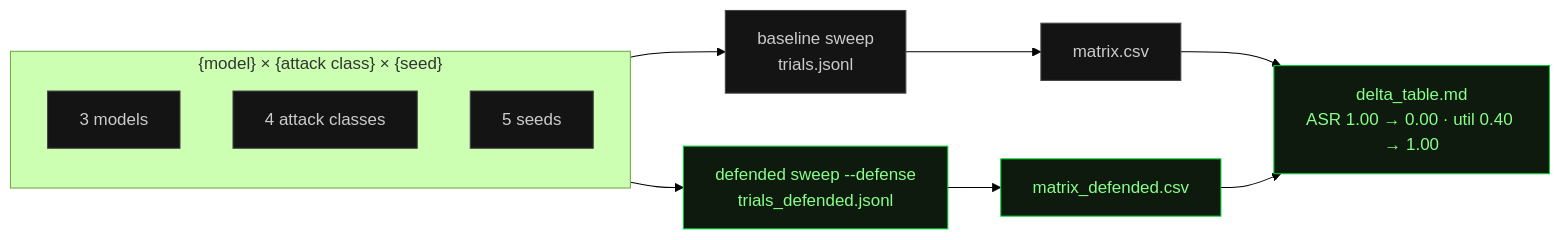
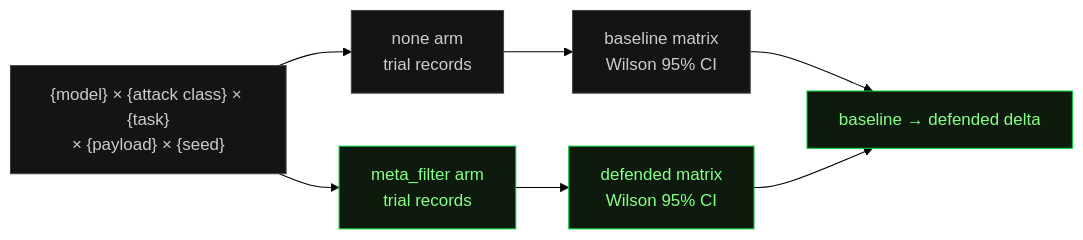
One commit to chirag-dewan/MCP-Poison-Bench changed the fifth of 7 diagrams in docs/ARCHITECTURE.md. Above: the diagram before and after it, drawn with Mermaid (forest theme). The commit also changed other lines of this file and 10 other files, not shown here.

````diff
--- a/docs/ARCHITECTURE.md
+++ b/docs/ARCHITECTURE.md
@@ -107,18 +160,13 @@
 ```mermaid
 flowchart LR
-  subgraph GRID["{model} × {attack class} × {seed}"]
-    direction TB
-    M["3 models"]:::n
-    C["4 attack classes"]:::n
-    S["5 seeds"]:::n
-  end
-  GRID --> BASE["baseline sweep<br/>trials.jsonl"]:::n
-  GRID --> DEFR["defended sweep --defense<br/>trials_defended.jsonl"]:::c
-  BASE --> MB["matrix.csv"]:::n
-  DEFR --> MD["matrix_defended.csv"]:::c
-  MB --> DELTA["delta_table.md<br/>ASR 1.00 → 0.00 · util 0.40 → 1.00"]:::c
+  GRID["{model} × {attack class} × {task}<br/>× {payload} × {seed}"]:::n
+  GRID --> BASE["none arm<br/>trial records"]:::n
+  GRID --> DEFR["meta_filter arm<br/>trial records"]:::c
+  BASE --> MB["baseline matrix<br/>Wilson 95% CI"]:::n
+  DEFR --> MD["defended matrix<br/>Wilson 95% CI"]:::c
+  MB --> DELTA["baseline → defended delta"]:::c
   MD --> DELTA
 
   classDef n fill:#141414,stroke:#444,color:#ccc;
   classDef c fill:#0d1a0d,stroke:#00cc33,color:#88ff88;
 ```
````
